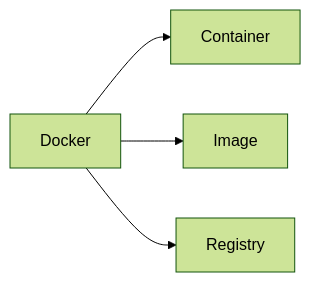
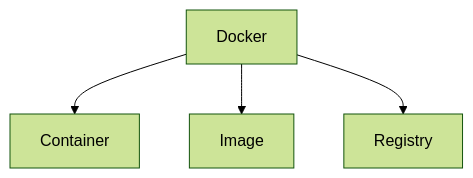
Before and after one commit to zyrass/omnydocs: the sixth of 31 diagrams in docs/glossaire/cloud-computing.md, drawn with Mermaid (forest theme). The commit also changed other lines of this file and 1780 other files, not shown here.

````diff
--- a/docs/glossaire/cloud-computing.md
+++ b/docs/glossaire/cloud-computing.md
@@ -125,6 +151,6 @@
-    ```mermaid
-    graph LR
-        A[Docker] --> B[Container]
-        A --> C[Image]
-        A --> D[Registry]
-    ```
+```mermaid
+graph TB
+    A[Docker] --> B[Container]
+    A --> C[Image]
+    A --> D[Registry]
+```
````
